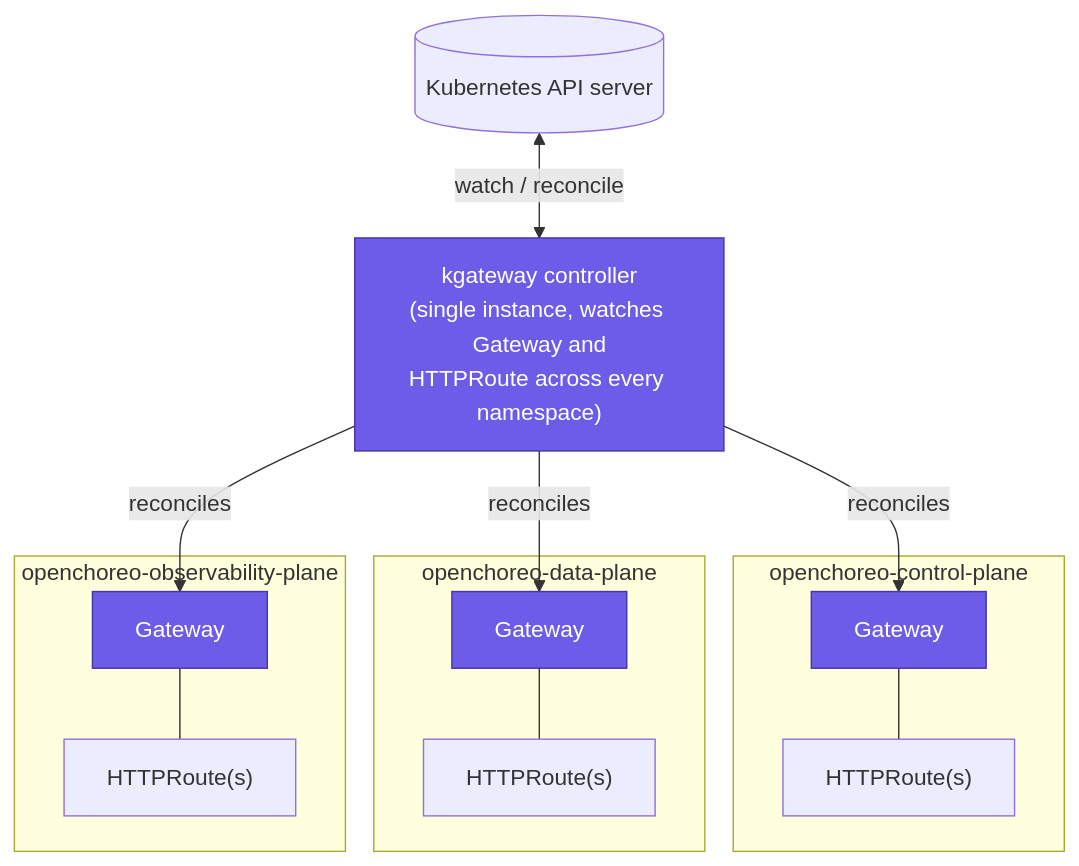
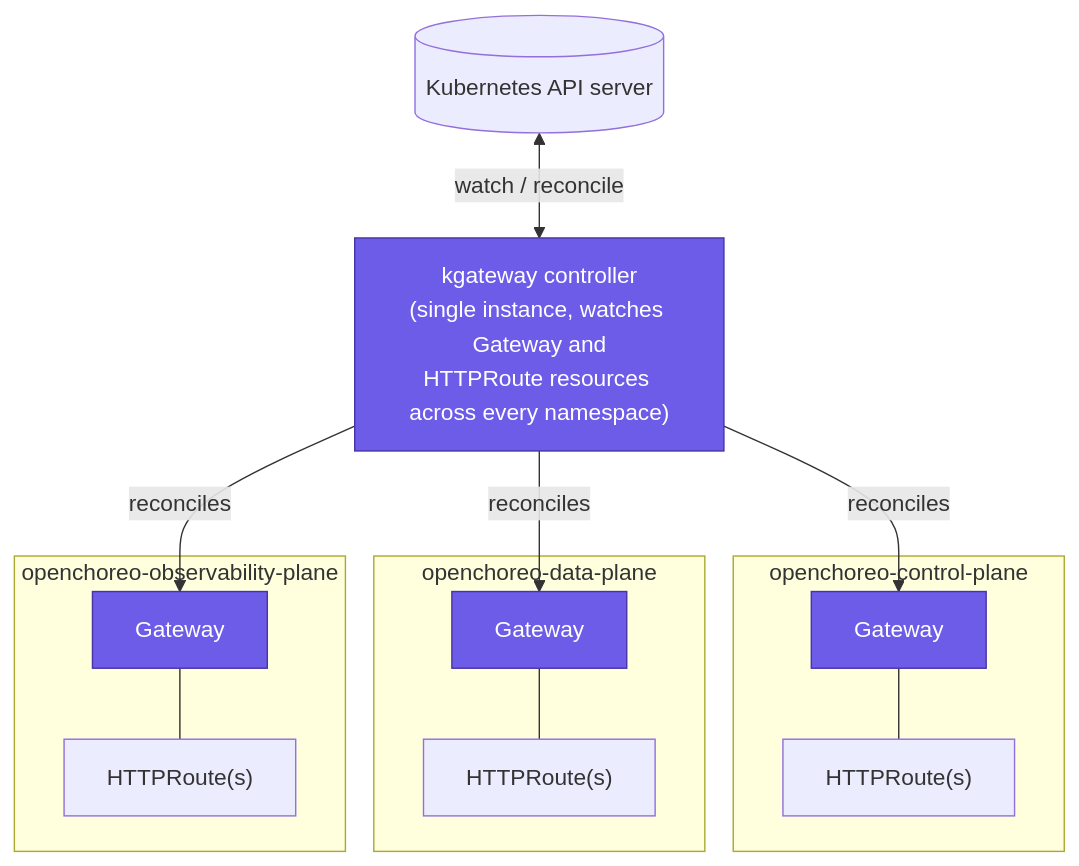
One commit to kgateway-dev/kgateway.dev changed the second of 7 diagrams in content/blog/how-kgateway-powers-the-openchoreo-gateway-layer.md. Above: the diagram before and after it, drawn with Mermaid.

````diff
--- a/content/blog/how-kgateway-powers-the-openchoreo-gateway-layer.md
+++ b/content/blog/how-kgateway-powers-the-openchoreo-gateway-layer.md
@@ -88,32 +88,32 @@
 ```mermaid
 flowchart TB
     apiserver[("Kubernetes API server")]
-    kgw["kgateway controller\n(single instance, watches Gateway and\nHTTPRoute across every namespace)"]
+    kgw["kgateway controller\n(single instance, watches Gateway and\nHTTPRoute resources across every namespace)"]
 
     apiserver <-- "watch / reconcile" --> kgw
 
     subgraph ns_cp["openchoreo-control-plane"]
         gw_cp["Gateway"]
         hr_cp["HTTPRoute(s)"]
         gw_cp --- hr_cp
     end
 
     subgraph ns_dp["openchoreo-data-plane"]
         gw_dp["Gateway"]
         hr_dp["HTTPRoute(s)"]
         gw_dp --- hr_dp
     end
 
     subgraph ns_op["openchoreo-observability-plane"]
         gw_op["Gateway"]
         hr_op["HTTPRoute(s)"]
         gw_op --- hr_op
     end
 
     kgw -- "reconciles" --> gw_cp
     kgw -- "reconciles" --> gw_dp
     kgw -- "reconciles" --> gw_op
 
     classDef gateway fill:#6C5CE8,stroke:#4834A6,color:#ffffff,stroke-width:1px;
     class gw_cp,gw_dp,gw_op,kgw gateway;
 ```
````
